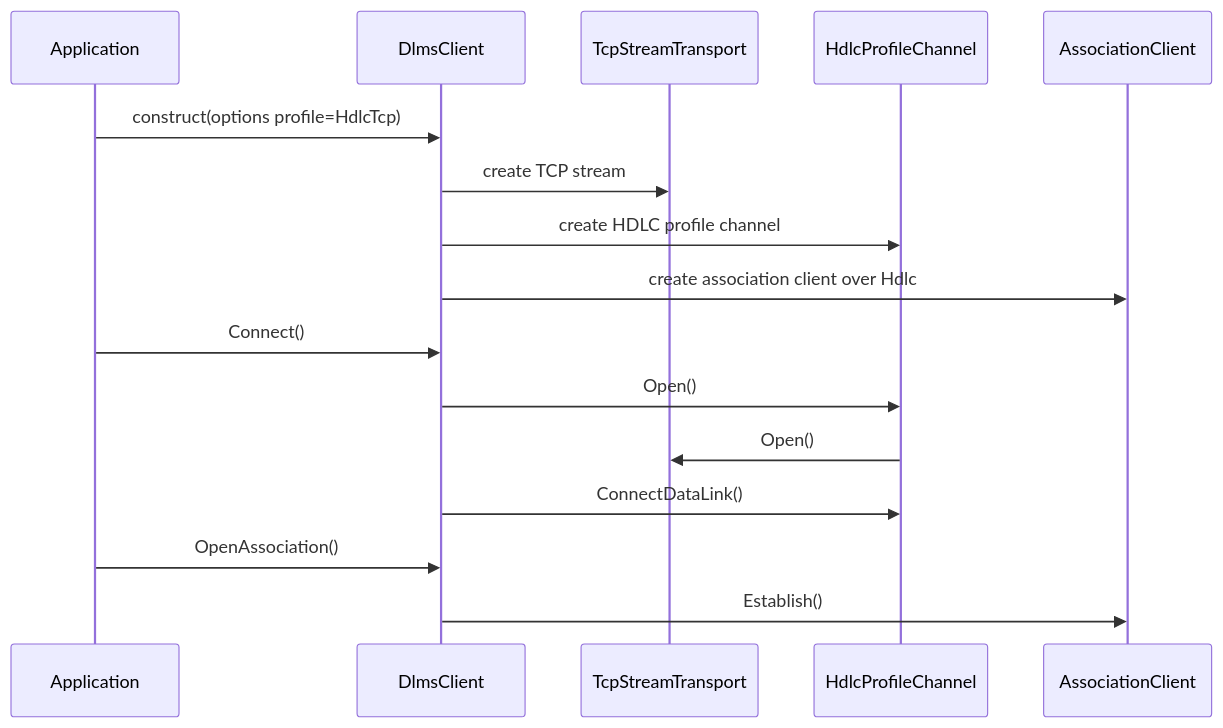
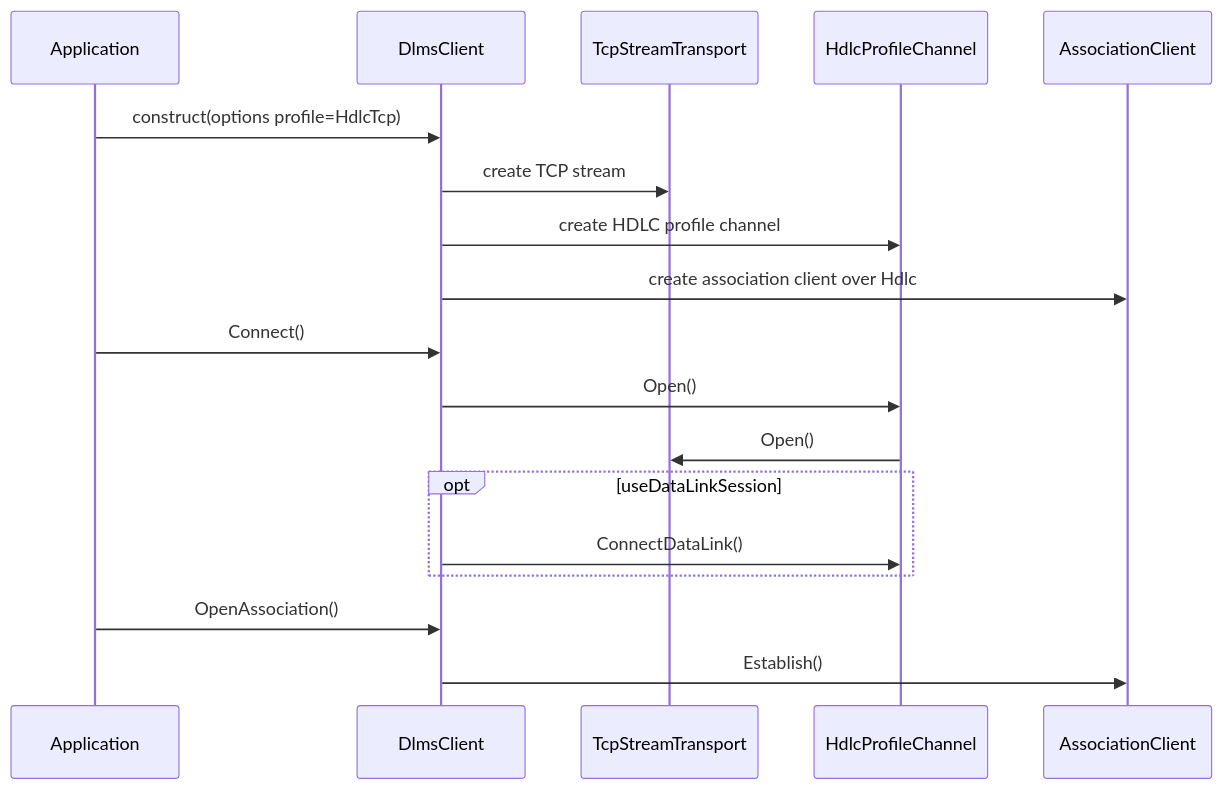
One commit to gvtret/dlms-client changed the fourth of 8 diagrams in docs/02_client_architecture.md. Above: the diagram before and after it, drawn with Mermaid. The commit also changed other lines of this file and 7 other files, not shown here.

First line of the commit message:
feat(client): support hdlc tcp without data-link session

````diff
--- a/docs/02_client_architecture.md
+++ b/docs/02_client_architecture.md
@@ -121,19 +121,21 @@
 ```mermaid
 sequenceDiagram
   participant App as Application
   participant Client as DlmsClient
   participant Tcp as TcpStreamTransport
   participant Hdlc as HdlcProfileChannel
   participant Assoc as AssociationClient
 
   App->>Client: construct(options profile=HdlcTcp)
   Client->>Tcp: create TCP stream
   Client->>Hdlc: create HDLC profile channel
   Client->>Assoc: create association client over Hdlc
   App->>Client: Connect()
   Client->>Hdlc: Open()
   Hdlc->>Tcp: Open()
-  Client->>Hdlc: ConnectDataLink()
+  opt useDataLinkSession
+    Client->>Hdlc: ConnectDataLink()
+  end
   App->>Client: OpenAssociation()
   Client->>Assoc: Establish()
 ```
````
